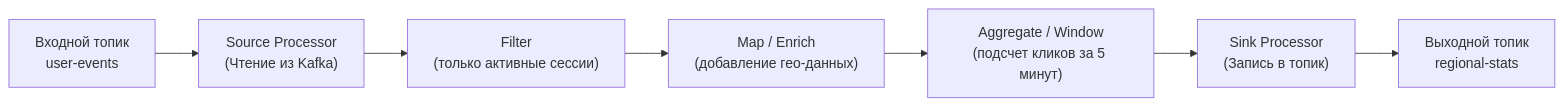
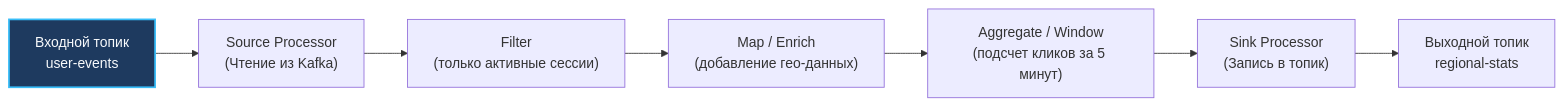
Before and after one commit to UnrealTemplier/go-textbook: the first of 4 diagrams in sources/13. Очереди, брокеры сообщений и оркестраторы/03. Kafka/9. Kafka Streams.md, drawn with Mermaid. The commit also changed other lines of this file and 1666 other files, not shown here.

First line of the commit message:
feat(mermaid): add semantic color classDef to 1369 colorless flowchart/graph diagrams

````diff
--- a/sources/13. Очереди, брокеры сообщений и оркестраторы/03. Kafka/9. Kafka Streams.md
+++ b/sources/13. Очереди, брокеры сообщений и оркестраторы/03. Kafka/9. Kafka Streams.md
@@ -34,9 +34,19 @@
 ```mermaid
 flowchart LR
-    IT["Входной топик<br>user-events"] --> Source["Source Processor<br>(Чтение из Kafka)"]
+    classDef process  fill:#1e293b,stroke:#38bdf8,stroke-width:1px,color:#f8fafc
+    classDef success  fill:#064e3b,stroke:#34d399,stroke-width:1px,color:#f8fafc
+    classDef error    fill:#7f1d1d,stroke:#f87171,stroke-width:1px,color:#f8fafc
+    classDef warning  fill:#78350f,stroke:#fbbf24,stroke-width:1px,color:#f8fafc
+    classDef entry    fill:#1e3a5f,stroke:#38bdf8,stroke-width:2px,color:#f8fafc
+    classDef aux      fill:#334155,stroke:#64748b,stroke-width:1px,color:#f8fafc
+    classDef system   fill:#312e81,stroke:#a78bfa,stroke-width:1px,color:#f8fafc
+    classDef data     fill:#132d29,stroke:#2dd4bf,stroke-width:1px,color:#f8fafc
+    classDef network  fill:#881337,stroke:#fb7185,stroke-width:1px,color:#f8fafc
+    classDef accent   fill:#1e1b4b,stroke:#818cf8,stroke-width:1px,color:#f8fafc
+    IT["Входной топик<br>user-events"]:::entry --> Source["Source Processor<br>(Чтение из Kafka)"]
     Source --> Filter["Filter<br>(только активные сессии)"]
     Filter --> Map["Map / Enrich<br>(добавление гео-данных)"]
     Map --> Agg["Aggregate / Window<br>(подсчет кликов за 5 минут)"]
     Agg --> Sink["Sink Processor<br>(Запись в топик)"]
     Sink --> OT["Выходной топик<br>regional-stats"]
 ```
````
